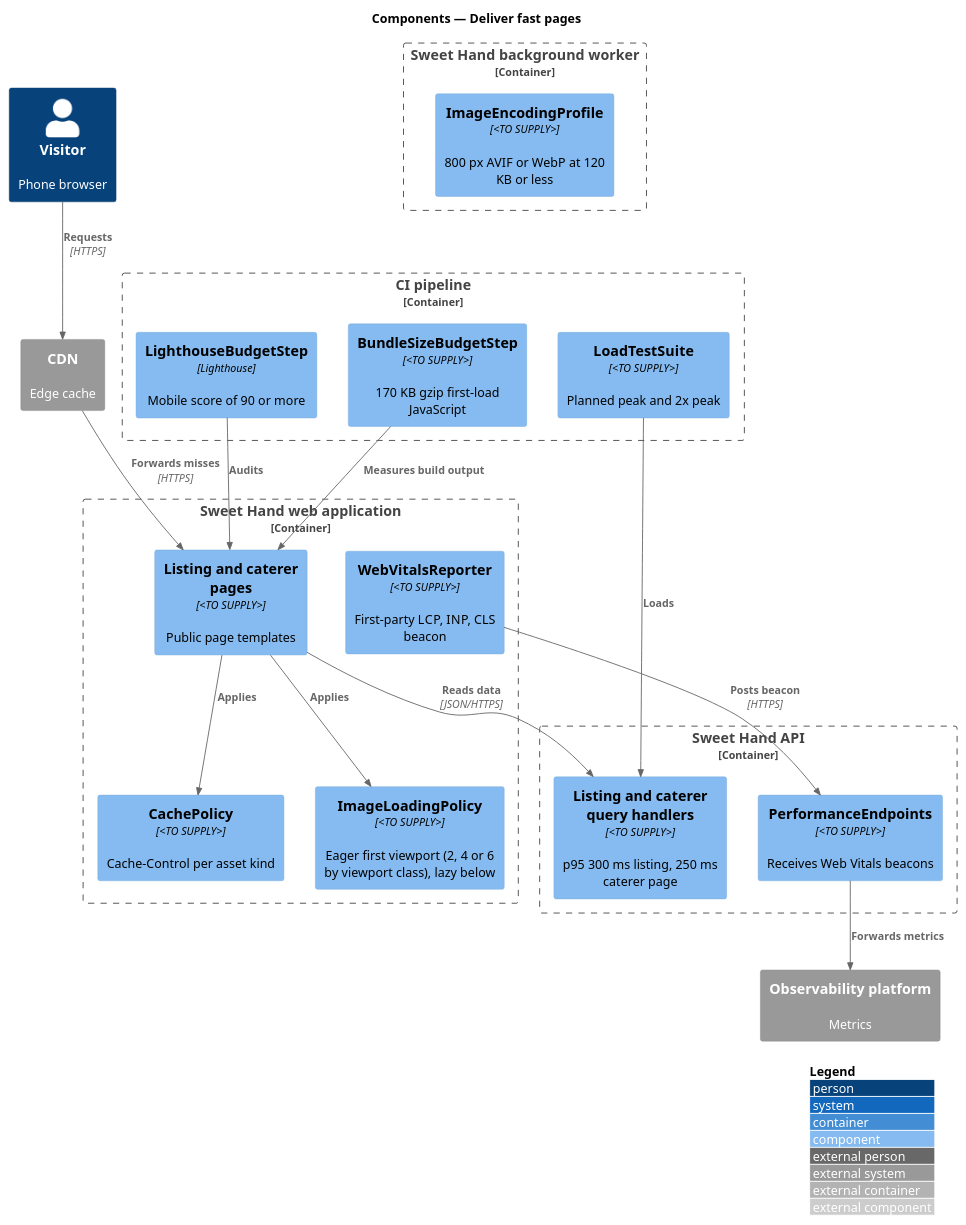
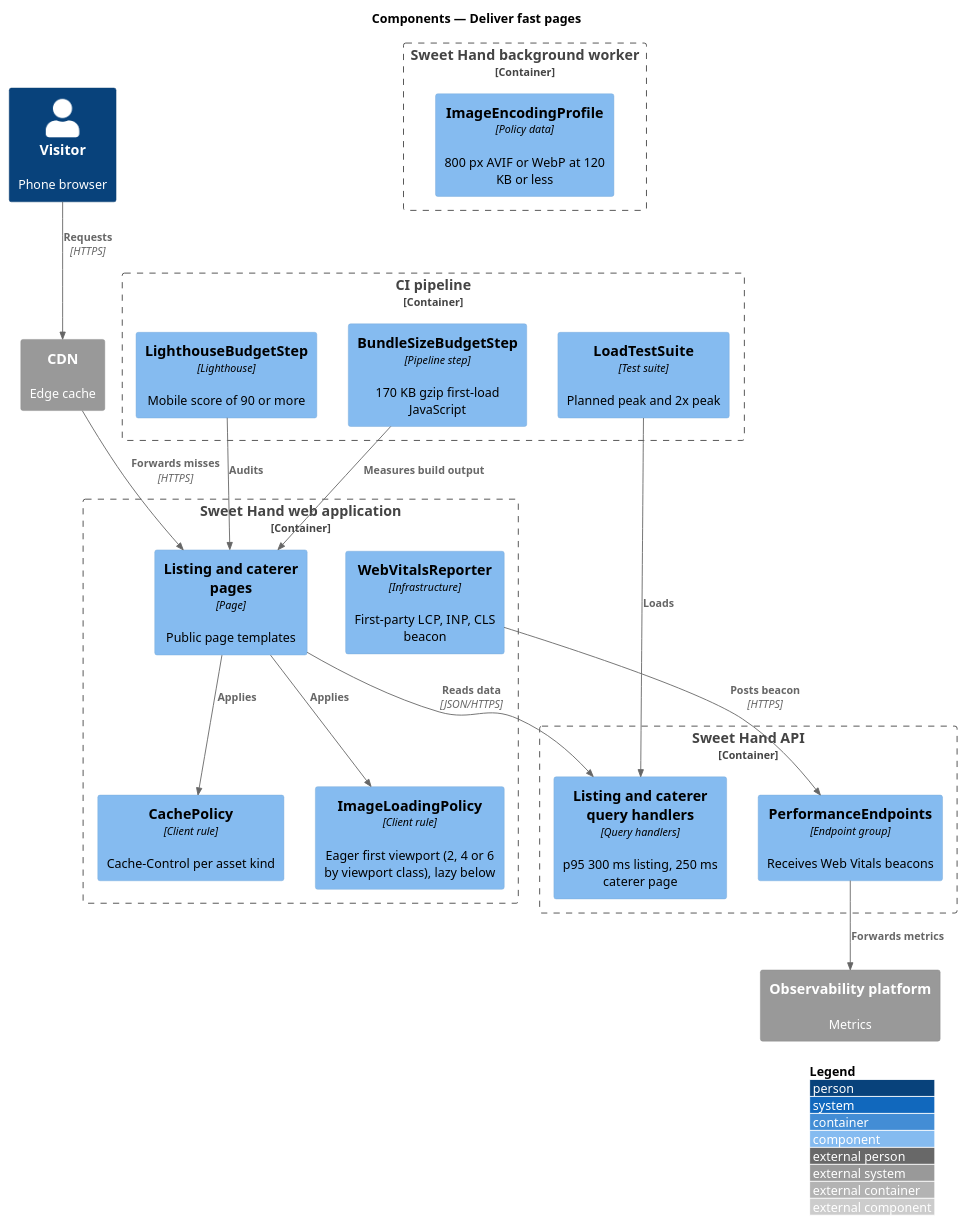
One commit to QuinntyneBrown/sweet-hand changed the diagram in docs/detailed-designs/platform/deliver-fast-pages/diagrams/c4-component.puml. Above: the diagram before and after it, drawn with PlantUML. The commit also changed 34 other files, not shown here.

```diff
--- a/docs/detailed-designs/platform/deliver-fast-pages/diagrams/c4-component.puml
+++ b/docs/detailed-designs/platform/deliver-fast-pages/diagrams/c4-component.puml
@@ -1,38 +1,38 @@
 @startuml
 !include <C4/C4_Component>
 LAYOUT_WITH_LEGEND()
 title Components — Deliver fast pages
 
 Person(visitor, "Visitor", "Phone browser")
 System_Ext(cdn, "CDN", "Edge cache")
 System_Ext(obs, "Observability platform", "Metrics")
 Container_Boundary(web, "Sweet Hand web application") {
-  Component(pages, "Listing and caterer pages", "<TO SUPPLY>", "Public page templates")
-  Component(cache, "CachePolicy", "<TO SUPPLY>", "Cache-Control per asset kind")
-  Component(imgs, "ImageLoadingPolicy", "<TO SUPPLY>", "Eager first viewport (2, 4 or 6 by viewport class), lazy below")
-  Component(vitals, "WebVitalsReporter", "<TO SUPPLY>", "First-party LCP, INP, CLS beacon")
+  Component(pages, "Listing and caterer pages", "Page", "Public page templates")
+  Component(cache, "CachePolicy", "Client rule", "Cache-Control per asset kind")
+  Component(imgs, "ImageLoadingPolicy", "Client rule", "Eager first viewport (2, 4 or 6 by viewport class), lazy below")
+  Component(vitals, "WebVitalsReporter", "Infrastructure", "First-party LCP, INP, CLS beacon")
 }
 Container_Boundary(api, "Sweet Hand API") {
-  Component(perf, "PerformanceEndpoints", "<TO SUPPLY>", "Receives Web Vitals beacons")
-  Component(read, "Listing and caterer query handlers", "<TO SUPPLY>", "p95 300 ms listing, 250 ms caterer page")
+  Component(perf, "PerformanceEndpoints", "Endpoint group", "Receives Web Vitals beacons")
+  Component(read, "Listing and caterer query handlers", "Query handlers", "p95 300 ms listing, 250 ms caterer page")
 }
 Container_Boundary(worker, "Sweet Hand background worker") {
-  Component(encode, "ImageEncodingProfile", "<TO SUPPLY>", "800 px AVIF or WebP at 120 KB or less")
+  Component(encode, "ImageEncodingProfile", "Policy data", "800 px AVIF or WebP at 120 KB or less")
 }
 Container_Boundary(ci, "CI pipeline") {
   Component(lh, "LighthouseBudgetStep", "Lighthouse", "Mobile score of 90 or more")
-  Component(bundle, "BundleSizeBudgetStep", "<TO SUPPLY>", "170 KB gzip first-load JavaScript")
-  Component(load, "LoadTestSuite", "<TO SUPPLY>", "Planned peak and 2x peak")
+  Component(bundle, "BundleSizeBudgetStep", "Pipeline step", "170 KB gzip first-load JavaScript")
+  Component(load, "LoadTestSuite", "Test suite", "Planned peak and 2x peak")
 }
 
 Rel(visitor, cdn, "Requests", "HTTPS")
 Rel(cdn, pages, "Forwards misses", "HTTPS")
 Rel(pages, cache, "Applies")
 Rel(pages, imgs, "Applies")
 Rel(pages, read, "Reads data", "JSON/HTTPS")
 Rel(vitals, perf, "Posts beacon", "HTTPS")
 Rel(perf, obs, "Forwards metrics")
 Rel(lh, pages, "Audits")
 Rel(bundle, pages, "Measures build output")
 Rel(load, read, "Loads")
 @enduml
```
